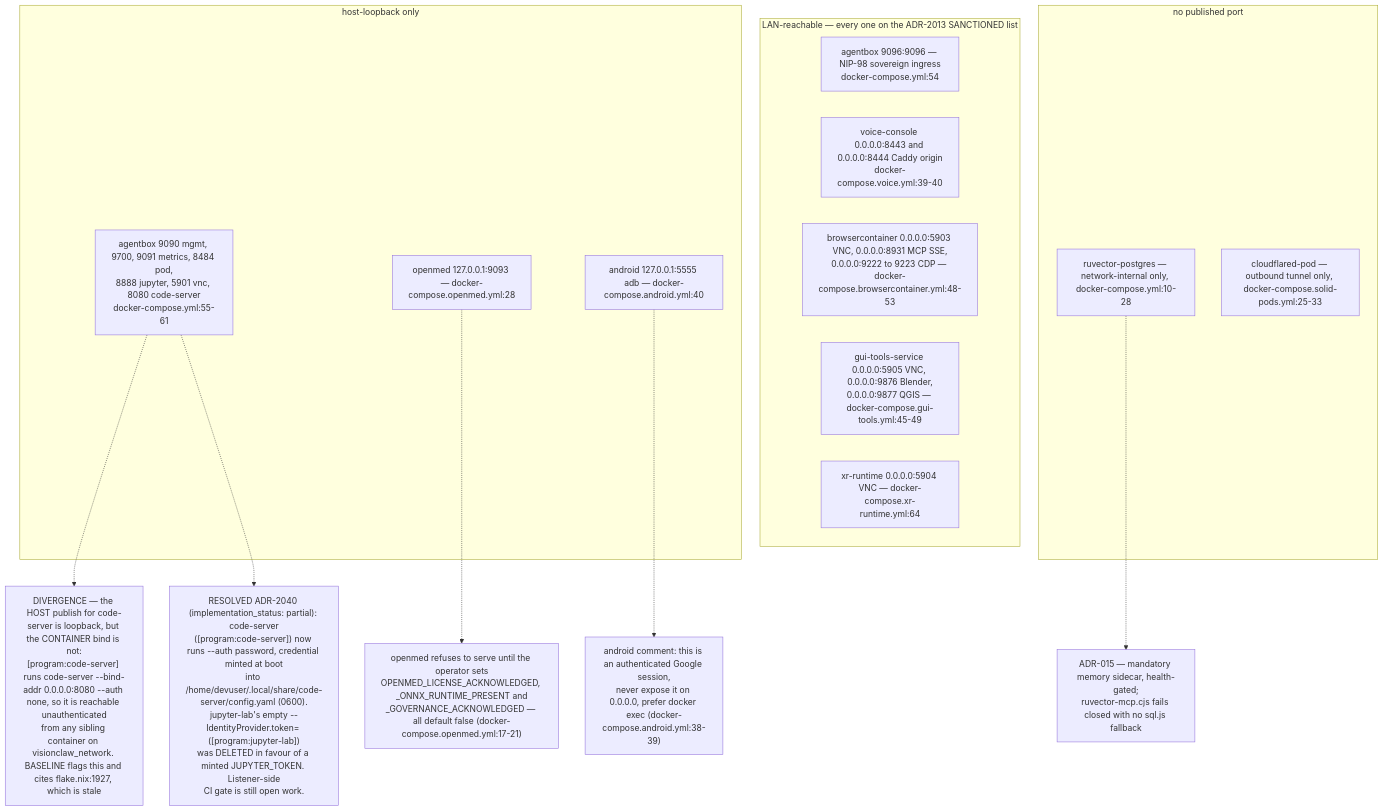
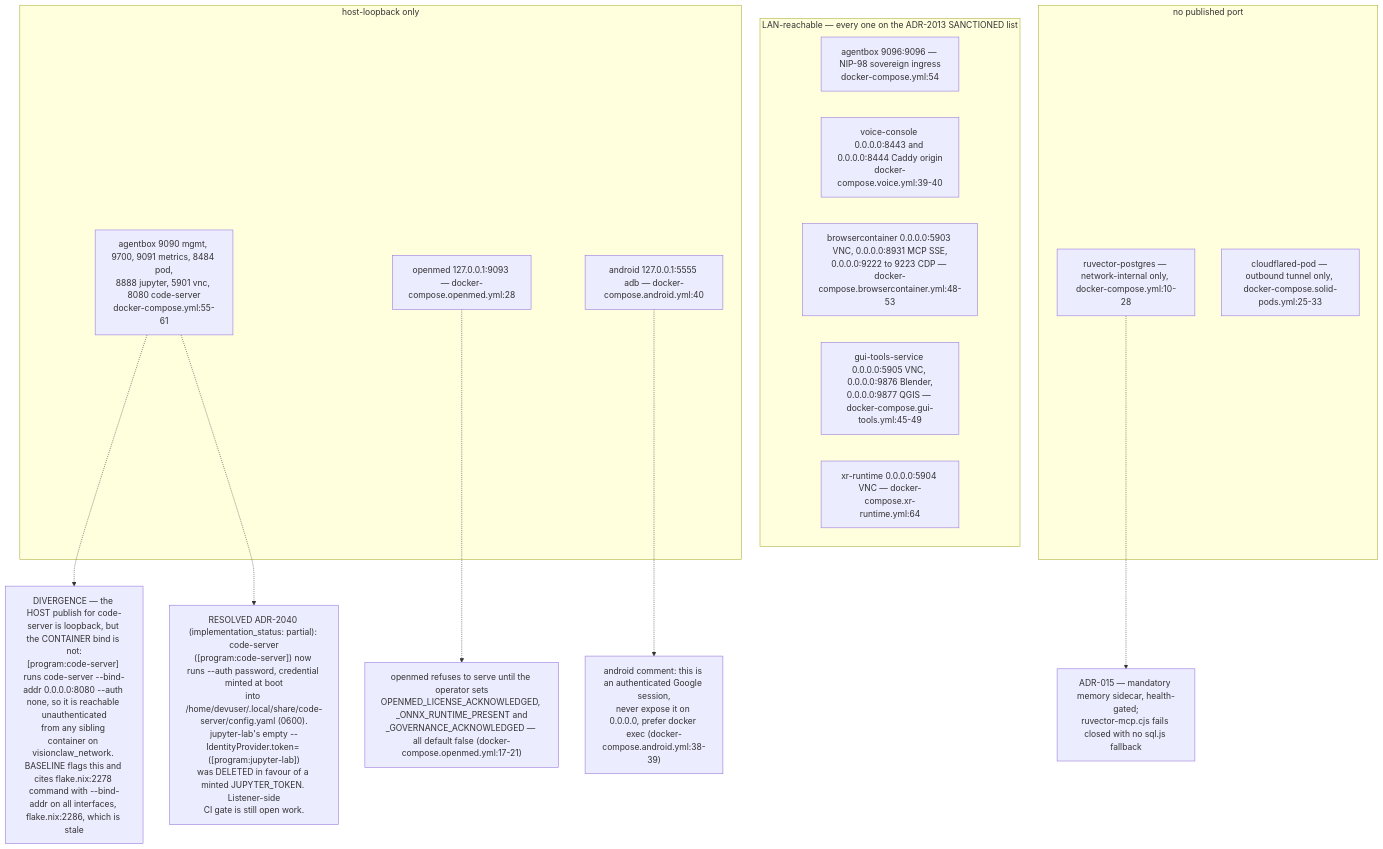
One commit to DreamLab-AI/VisionFlow changed the seventh of 9 diagrams in docs/diagrams/agentbox/06-sidecars-and-compose-overlays.md. Above: the diagram before and after it, drawn with Mermaid. The commit also changed other lines of this file and 51 other files, not shown here.

First line of the commit message:
docs(diagrams): agentbox AB-01..13 re-attested anchor by anchor (980 anchors, 22 defects); checkpoint against an out-of-mesh writer

````diff
--- a/docs/diagrams/agentbox/06-sidecars-and-compose-overlays.md
+++ b/docs/diagrams/agentbox/06-sidecars-and-compose-overlays.md
@@ -210,24 +210,24 @@
 ```mermaid
 flowchart TB
     subgraph LANP["LAN-reachable — every one on the ADR-2013 SANCTIONED list"]
         P1["agentbox 9096:9096 — NIP-98 sovereign ingress<br/>docker-compose.yml:54"]
         P2["voice-console 0.0.0.0:8443 and 0.0.0.0:8444 Caddy origin<br/>docker-compose.voice.yml:39-40"]
         P3["browsercontainer 0.0.0.0:5903 VNC, 0.0.0.0:8931 MCP SSE,<br/>0.0.0.0:9222 to 9223 CDP — docker-compose.browsercontainer.yml:48-53"]
         P4["gui-tools-service 0.0.0.0:5905 VNC, 0.0.0.0:9876 Blender,<br/>0.0.0.0:9877 QGIS — docker-compose.gui-tools.yml:45-49"]
         P5["xr-runtime 0.0.0.0:5904 VNC — docker-compose.xr-runtime.yml:64"]
     end
     subgraph LOOP["host-loopback only"]
         Q1["agentbox 9090 mgmt, 9700, 9091 metrics, 8484 pod,<br/>8888 jupyter, 5901 vnc, 8080 code-server<br/>docker-compose.yml:55-61"]
         Q2["openmed 127.0.0.1:9093 — docker-compose.openmed.yml:28"]
         Q3["android 127.0.0.1:5555 adb — docker-compose.android.yml:40"]
     end
     subgraph NONE["no published port"]
         R1["ruvector-postgres — network-internal only, docker-compose.yml:10-28"]
         R2["cloudflared-pod — outbound tunnel only, docker-compose.solid-pods.yml:25-33"]
     end
     Q3 -.-> AND["android comment: this is an authenticated Google session,<br/>never expose it on 0.0.0.0, prefer docker exec (docker-compose.android.yml:38-39)"]
     Q2 -.-> OM["openmed refuses to serve until the operator sets<br/>OPENMED_LICENSE_ACKNOWLEDGED, _ONNX_RUNTIME_PRESENT and<br/>_GOVERNANCE_ACKNOWLEDGED — all default false (docker-compose.openmed.yml:17-21)"]
-    Q1 -.-> CS["DIVERGENCE — the HOST publish for code-server is loopback, but the CONTAINER bind is not:<br/>[program:code-server] runs code-server --bind-addr 0.0.0.0:8080 --auth none, so it is reachable unauthenticated<br/>from any sibling container on visionclaw_network. BASELINE flags this and cites flake.nix:1927, which is stale"]
+    Q1 -.-> CS["DIVERGENCE — the HOST publish for code-server is loopback, but the CONTAINER bind is not:<br/>[program:code-server] runs code-server --bind-addr 0.0.0.0:8080 --auth none, so it is reachable unauthenticated<br/>from any sibling container on visionclaw_network. BASELINE flags this and cites flake.nix:2278 command with --bind-addr on all interfaces, flake.nix:2286, which is stale"]
     Q1 -.-> CSR["RESOLVED ADR-2040 (implementation_status: partial): code-server<br/>([program:code-server]) now runs --auth password, credential minted at boot<br/>into /home/devuser/.local/share/code-server/config.yaml (0600).<br/>jupyter-lab's empty --IdentityProvider.token= ([program:jupyter-lab])<br/>was DELETED in favour of a minted JUPYTER_TOKEN. Listener-side<br/>CI gate is still open work."]
     R1 -.-> PGN["ADR-015 — mandatory memory sidecar, health-gated;<br/>ruvector-mcp.cjs fails closed with no sql.js fallback"]
 ```
````
